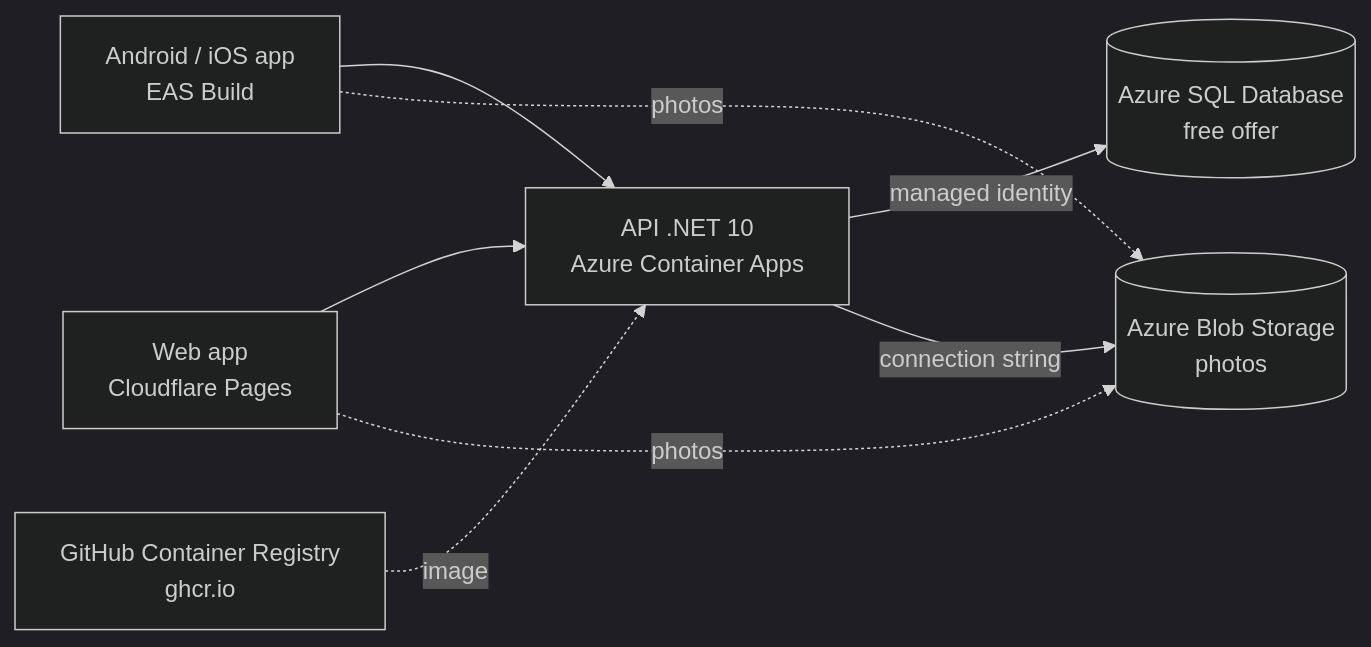
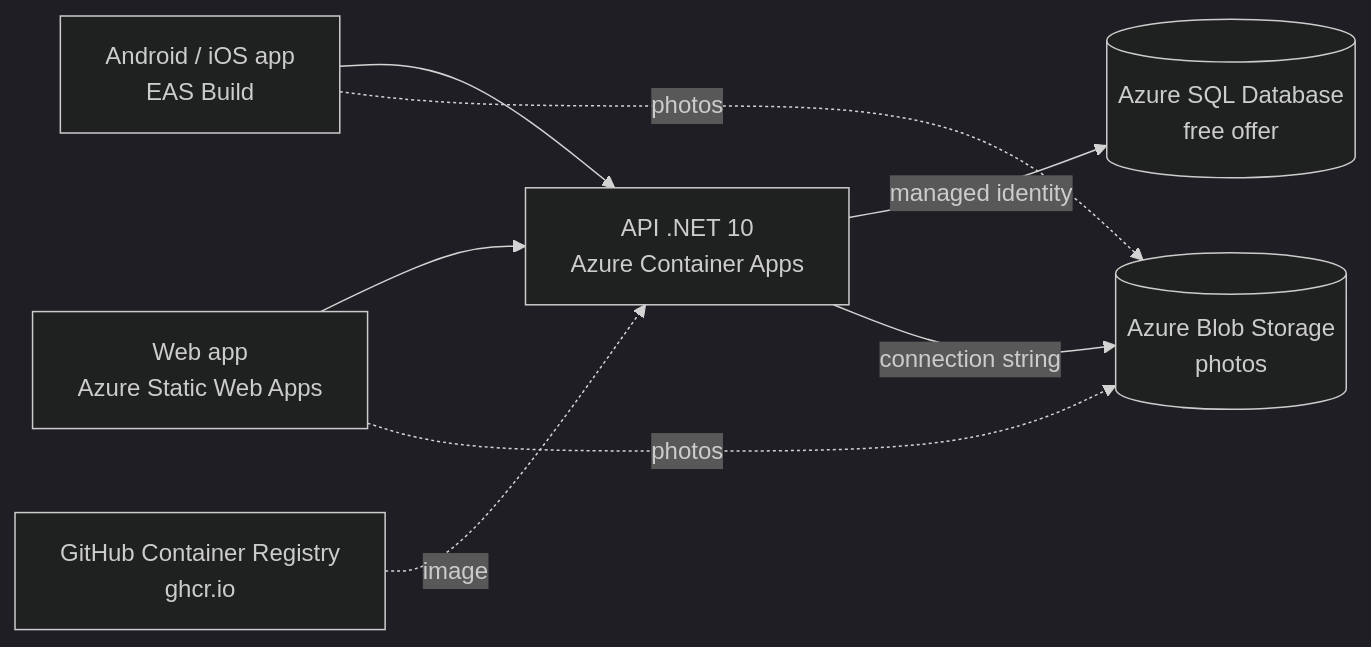
One commit to alejandrolazarte/class-manager changed the diagram in docs/hosting-plan.md. Above: the diagram before and after it, drawn with Mermaid (dark theme). The commit also changed other lines of this file and 19 other files, not shown here.

First line of the commit message:
Move the web app to Azure Static Web Apps on app.laztty.com

````diff
--- a/docs/hosting-plan.md
+++ b/docs/hosting-plan.md
@@ -20,10 +20,10 @@
 ```mermaid
 flowchart LR
     Phone[Android / iOS app<br/>EAS Build] --> Api
-    Browser[Web app<br/>Cloudflare Pages] --> Api
+    Browser[Web app<br/>Azure Static Web Apps] --> Api
     Api[API .NET 10<br/>Azure Container Apps] -->|managed identity| Sql[(Azure SQL Database<br/>free offer)]
     Api -->|connection string| Blob[(Azure Blob Storage<br/>photos)]
     Browser -.photos.-> Blob
     Phone -.photos.-> Blob
     Ghcr[GitHub Container Registry<br/>ghcr.io] -.image.-> Api
 ```
````
